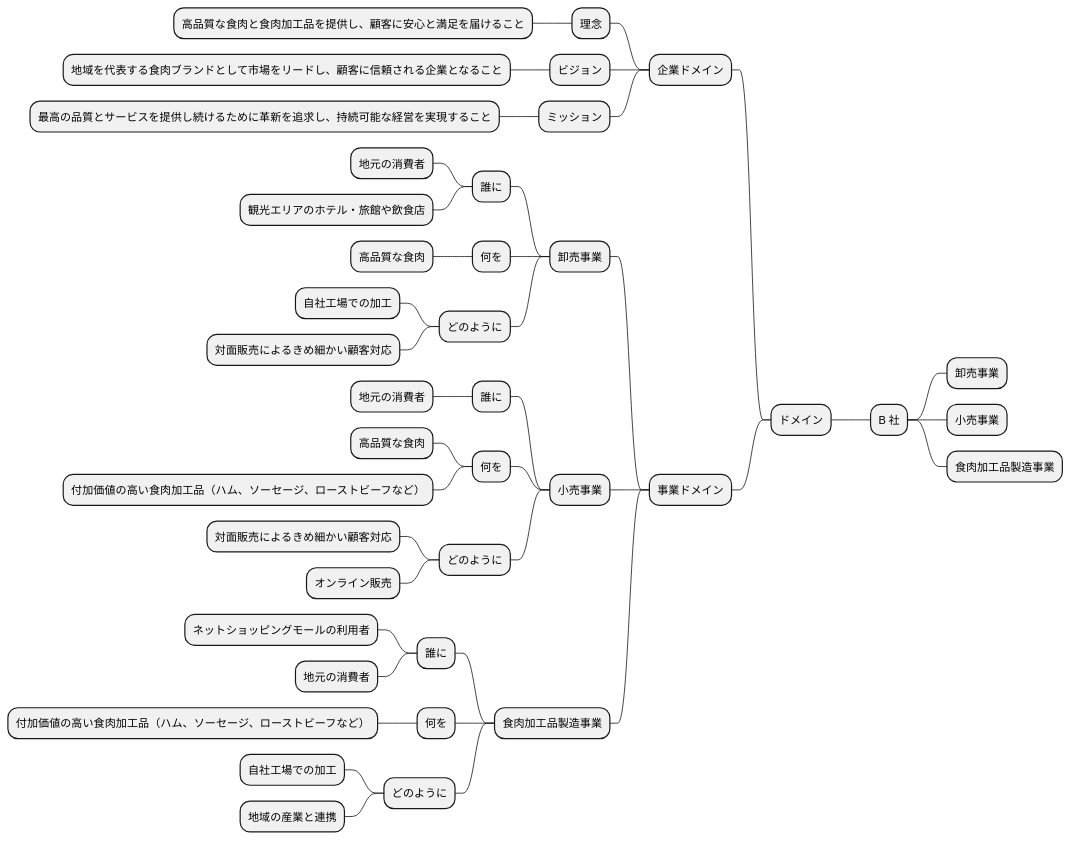
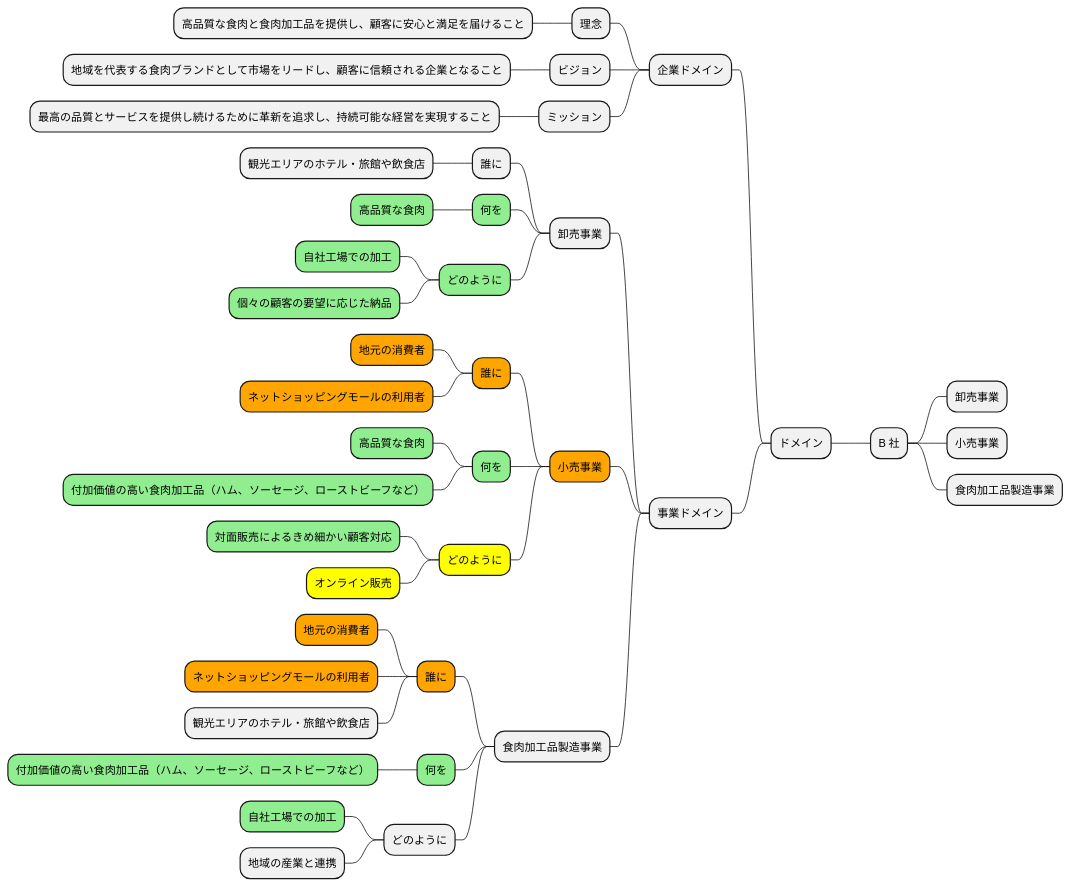
Before and after one commit to k2works/case-sutudy-business-analysis: the fourth of 15 diagrams in docs/case/r04_case_2.adoc, drawn with PlantUML. The commit also changed other lines of this file, not shown here.

```diff
--- a/docs/case/r04_case_2.adoc
+++ b/docs/case/r04_case_2.adoc
@@ -211,45 +210,46 @@
 [plantuml]
 ----
 @startmindmap
 * ドメイン
 ** B 社
 *** 卸売事業
 *** 小売事業
 *** 食肉加工品製造事業
 -- 企業ドメイン
 --- 理念
 ---- 高品質な食肉と食肉加工品を提供し、顧客に安心と満足を届けること
 --- ビジョン
 ---- 地域を代表する食肉ブランドとして市場をリードし、顧客に信頼される企業となること
 --- ミッション
 ---- 最高の品質とサービスを提供し続けるために革新を追求し、持続可能な経営を実現すること
 -- 事業ドメイン
 --- 卸売事業
 ---- 誰に
------ 地元の消費者
 ----- 観光エリアのホテル・旅館や飲食店
----- 何を
------ 高品質な食肉
+----[#lightgreen] 何を
+-----[#lightgreen] 高品質な食肉
+----[#lightgreen] どのように
+-----[#lightgreen] 自社工場での加工
+-----[#lightgreen]  個々の顧客の要望に応じた納品
+---[#orange] 小売事業
+----[#orange] 誰に
+-----[#orange] 地元の消費者
+-----[#orange] ネットショッピングモールの利用者
+----[#lightgreen] 何を
+-----[#lightgreen] 高品質な食肉
+-----[#lightgreen]  付加価値の高い食肉加工品（ハム、ソーセージ、ローストビーフなど）
+----[#yellow] どのように
+-----[#lightgreen]  対面販売によるきめ細かい顧客対応
+-----[#yellow] オンライン販売
+--- 食肉加工品製造事業
+----[#orange] 誰に
+-----[#orange] 地元の消費者
+-----[#orange] ネットショッピングモールの利用者
+----- 観光エリアのホテル・旅館や飲食店
+----[#lightgreen] 何を
+-----[#lightgreen] 付加価値の高い食肉加工品（ハム、ソーセージ、ローストビーフなど）
 ---- どのように
------ 自社工場での加工
------ 対面販売によるきめ細かい顧客対応
---- 小売事業
----- 誰に
------ 地元の消費者
----- 何を
------ 高品質な食肉
------ 付加価値の高い食肉加工品（ハム、ソーセージ、ローストビーフなど）
----- どのように
------ 対面販売によるきめ細かい顧客対応
------ オンライン販売
---- 食肉加工品製造事業
----- 誰に
------ ネットショッピングモールの利用者
------ 地元の消費者
----- 何を
------ 付加価値の高い食肉加工品（ハム、ソーセージ、ローストビーフなど）
----- どのように
------ 自社工場での加工
+-----[#lightgreen] 自社工場での加工
 ----- 地域の産業と連携
 @endmindmap
 ----
```
